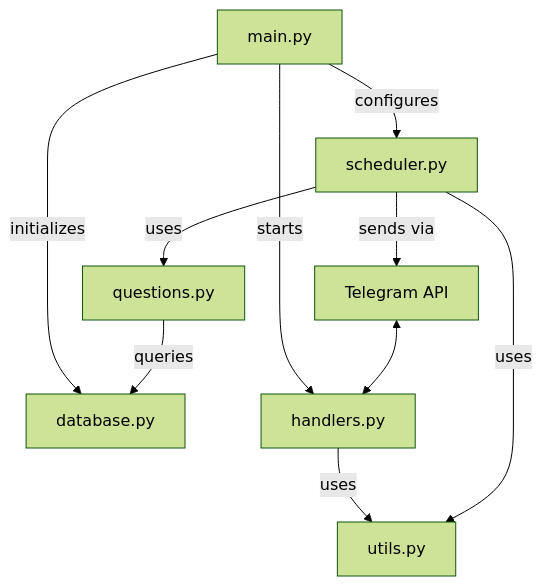
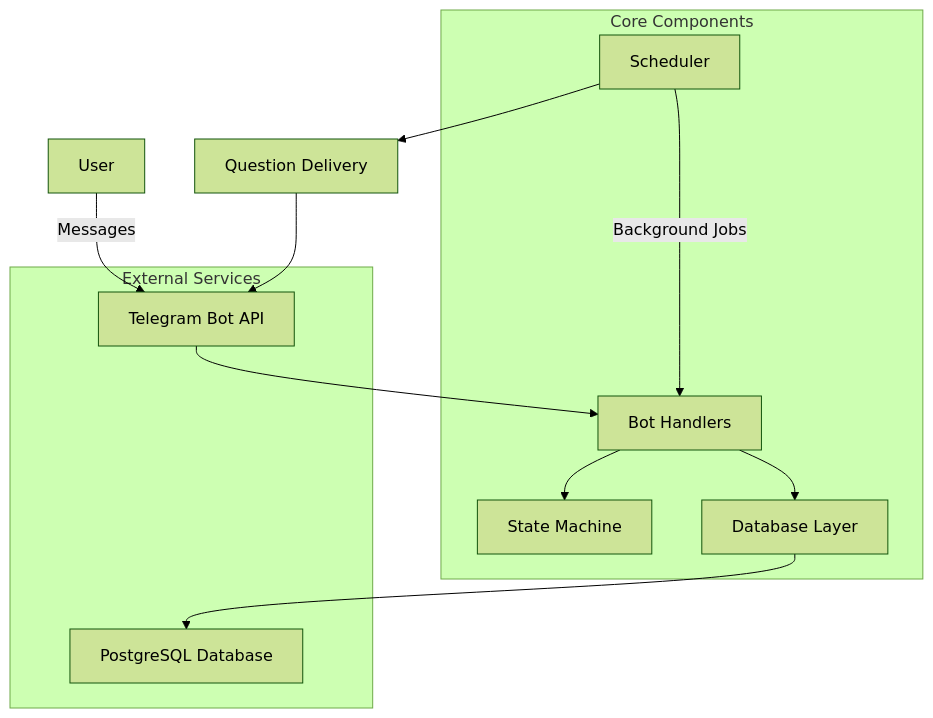
The first of 2 diagrams in README.md (SaadMakki/Telegram-reminder-bot), drawn with Mermaid (forest theme) before and after one commit. The commit also changed other lines of this file and 29 other files, not shown here.

````diff
--- a/README.md
+++ b/README.md
@@ -153,14 +35,23 @@
 ```mermaid
-graph TD
-    A[main.py] -->|initializes| B[database.py]
-    A -->|starts| C[handlers.py]
-    A -->|configures| D[scheduler.py]
+graph TB
+    A[User] -->|Messages| B[Telegram Bot API]
+    B --> C[Bot Handlers]
+    C --> D[State Machine]
+    C --> E[Database Layer]
+    E --> F[PostgreSQL Database]
+    G[Scheduler] -->|Background Jobs| C
+    G --> H[Question Delivery]
+    H --> B
     
-    C -->|uses| E[utils.py]
-    D -->|uses| F[questions.py]
-    D -->|uses| E
-    F -->|queries| B
+    subgraph "Core Components"
+        C
+        D
+        E
+        G
+    end
     
-    G[Telegram API] <--> C
-    D -->|sends via| G
+    subgraph "External Services"
+        B
+        F
+    end
 ```
````
